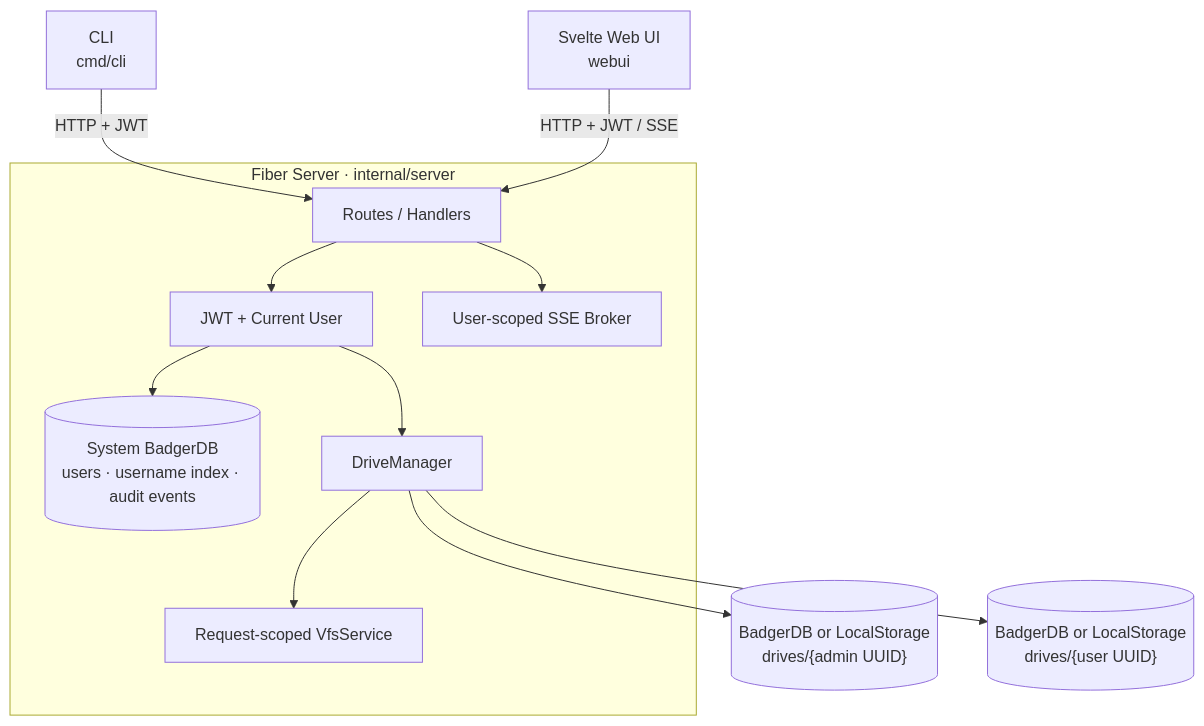
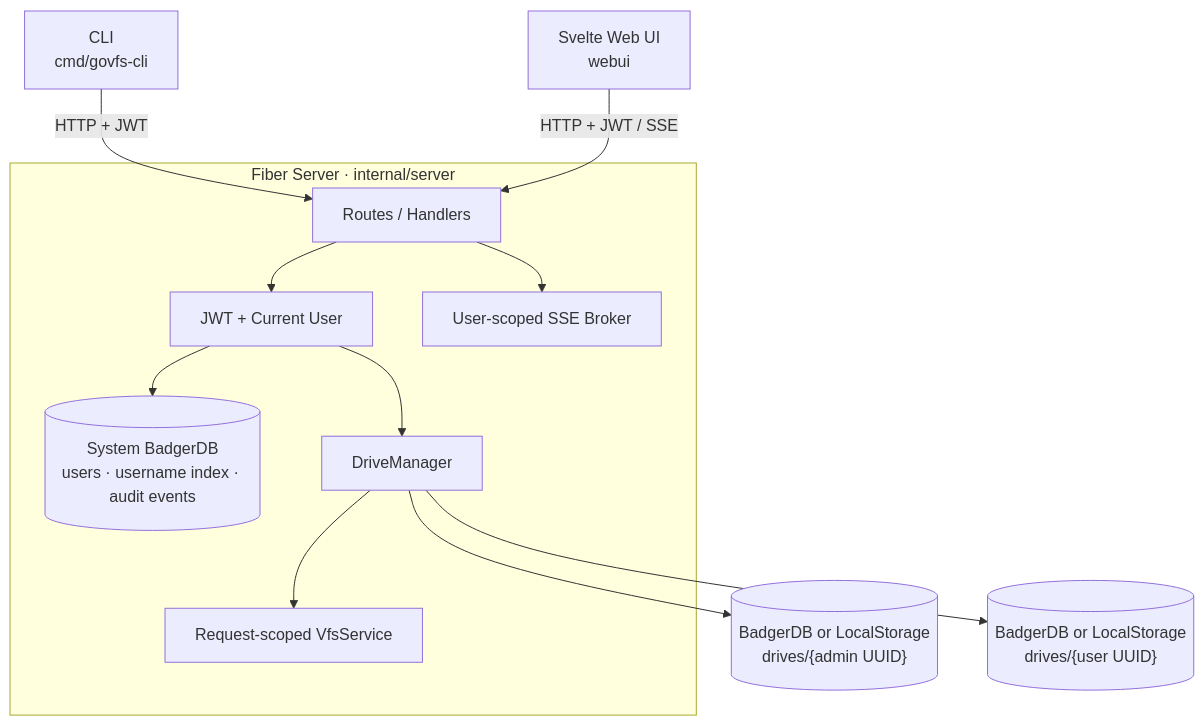
One commit to shabatoily/govfs changed the diagram in DESIGN.md. Above: the diagram before and after it, drawn with Mermaid. The commit also changed other lines of this file and 9 other files, not shown here.

````diff
--- a/DESIGN.md
+++ b/DESIGN.md
@@ -9,16 +9,16 @@
 ```mermaid
 flowchart TB
-    CLI["CLI\ncmd/cli"] -->|HTTP + JWT| API
+    CLI["CLI\ncmd/govfs-cli"] -->|HTTP + JWT| API
     UI["Svelte Web UI\nwebui"] -->|HTTP + JWT / SSE| API
 
     subgraph Server["Fiber Server · internal/server"]
         API["Routes / Handlers"] --> Auth["JWT + Current User"]
         Auth --> Users[("System BadgerDB\nusers · username index · audit events")]
         Auth --> DriveManager["DriveManager"]
         DriveManager --> Service["Request-scoped VfsService"]
         API --> SSE["User-scoped SSE Broker"]
     end
 
     DriveManager --> AdminDrive[("BadgerDB or LocalStorage\ndrives/{admin UUID}")]
     DriveManager --> UserDrive[("BadgerDB or LocalStorage\ndrives/{user UUID}")]
 ```
````
